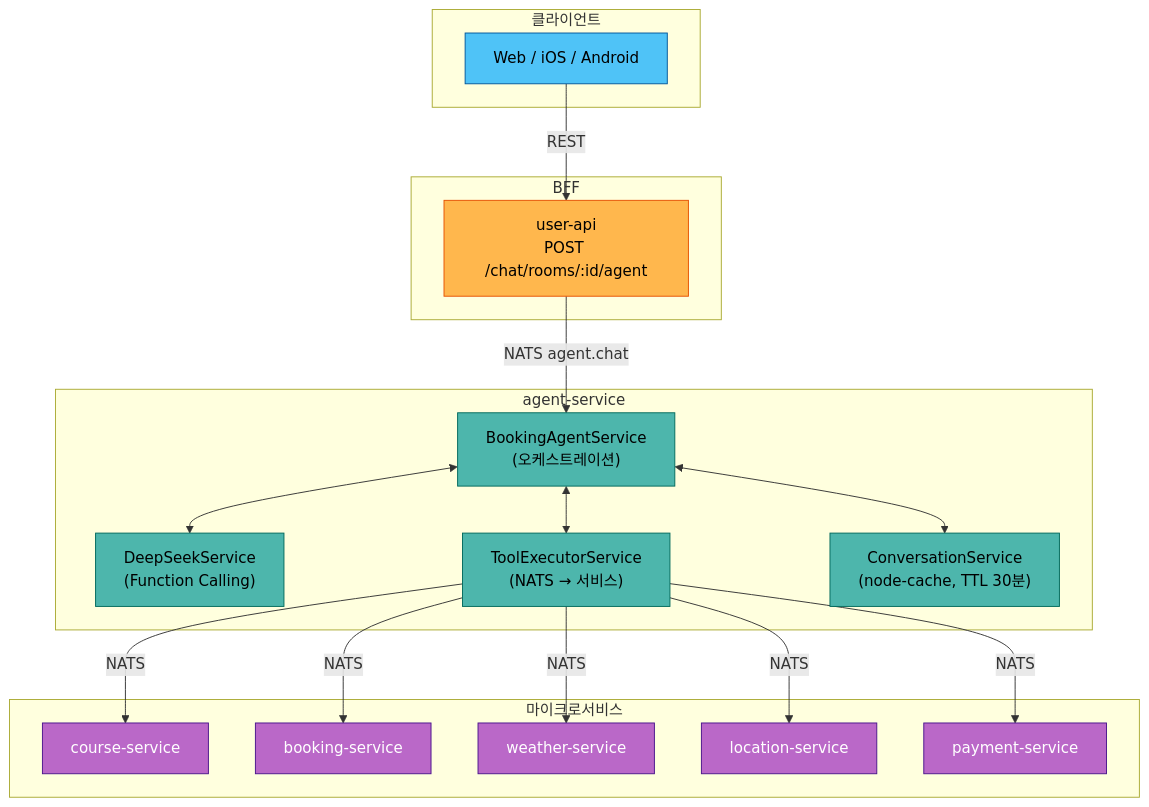
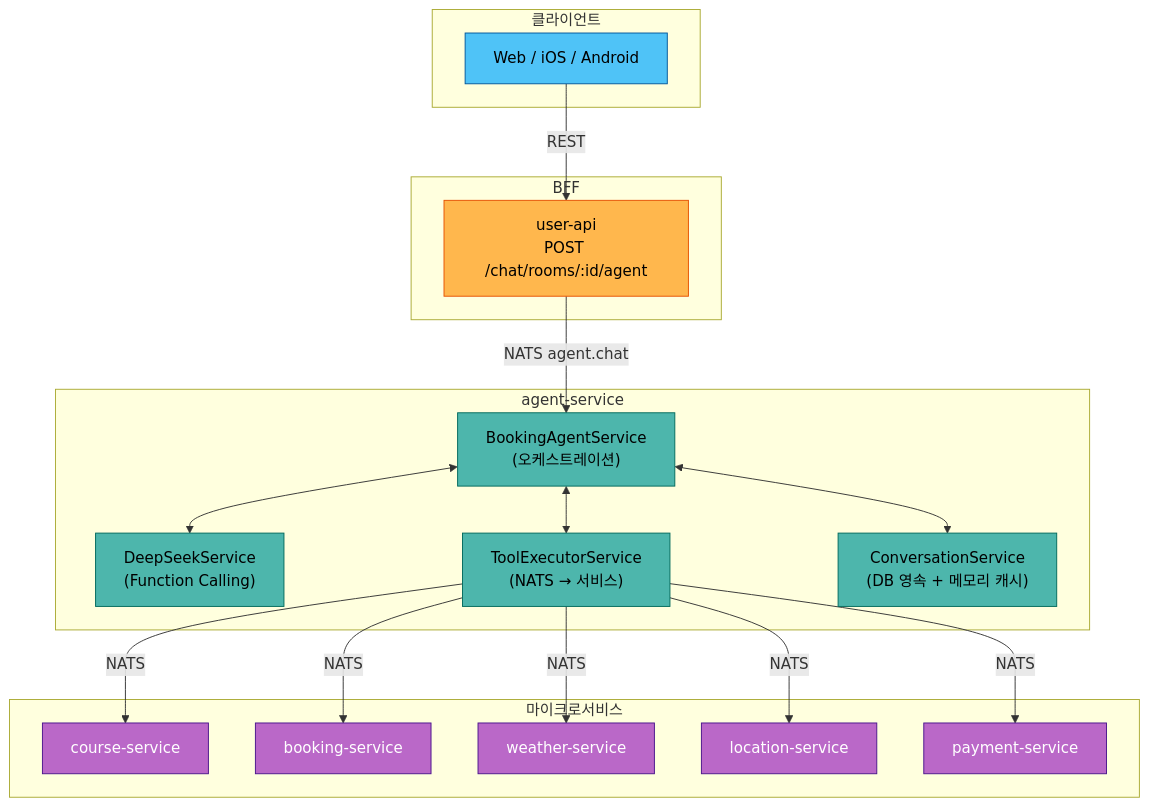
Before and after one commit to uniyous/parkgolf-platform: the first of 4 diagrams in docs/workflow/AGENT.md, drawn with Mermaid. The commit also changed other lines of this file, not shown here.

````diff
--- a/docs/workflow/AGENT.md
+++ b/docs/workflow/AGENT.md
@@ -24,45 +24,45 @@
 ```mermaid
 graph TB
     subgraph Client["클라이언트"]
         App["Web / iOS / Android"]
     end
 
     subgraph BFF
         API["user-api<br/>POST /chat/rooms/:id/agent"]
     end
 
     subgraph Agent["agent-service"]
         BA["BookingAgentService<br/>(오케스트레이션)"]
         DS["DeepSeekService<br/>(Function Calling)"]
         TE["ToolExecutorService<br/>(NATS → 서비스)"]
-        Conv["ConversationService<br/>(node-cache, TTL 30분)"]
+        Conv["ConversationService<br/>(DB 영속 + 메모리 캐시)"]
     end
 
     subgraph Services["마이크로서비스"]
         CS["course-service"]
         BS["booking-service"]
         WS["weather-service"]
         LS["location-service"]
         PS["payment-service"]
     end
 
     App -->|REST| API
     API -->|"NATS agent.chat"| BA
     BA <--> DS
     BA <--> TE
     BA <--> Conv
     TE -->|NATS| CS
     TE -->|NATS| BS
     TE -->|NATS| WS
     TE -->|NATS| LS
     TE -->|NATS| PS
 
     classDef client fill:#4fc3f7,stroke:#01579b,color:#000
     classDef bff fill:#ffb74d,stroke:#e65100,color:#000
     classDef agent fill:#4db6ac,stroke:#00695c,color:#000
     classDef svc fill:#ba68c8,stroke:#4a148c,color:#fff
     class App client
     class API bff
     class BA,DS,TE,Conv agent
     class CS,BS,WS,LS,PS svc
 ```
````
